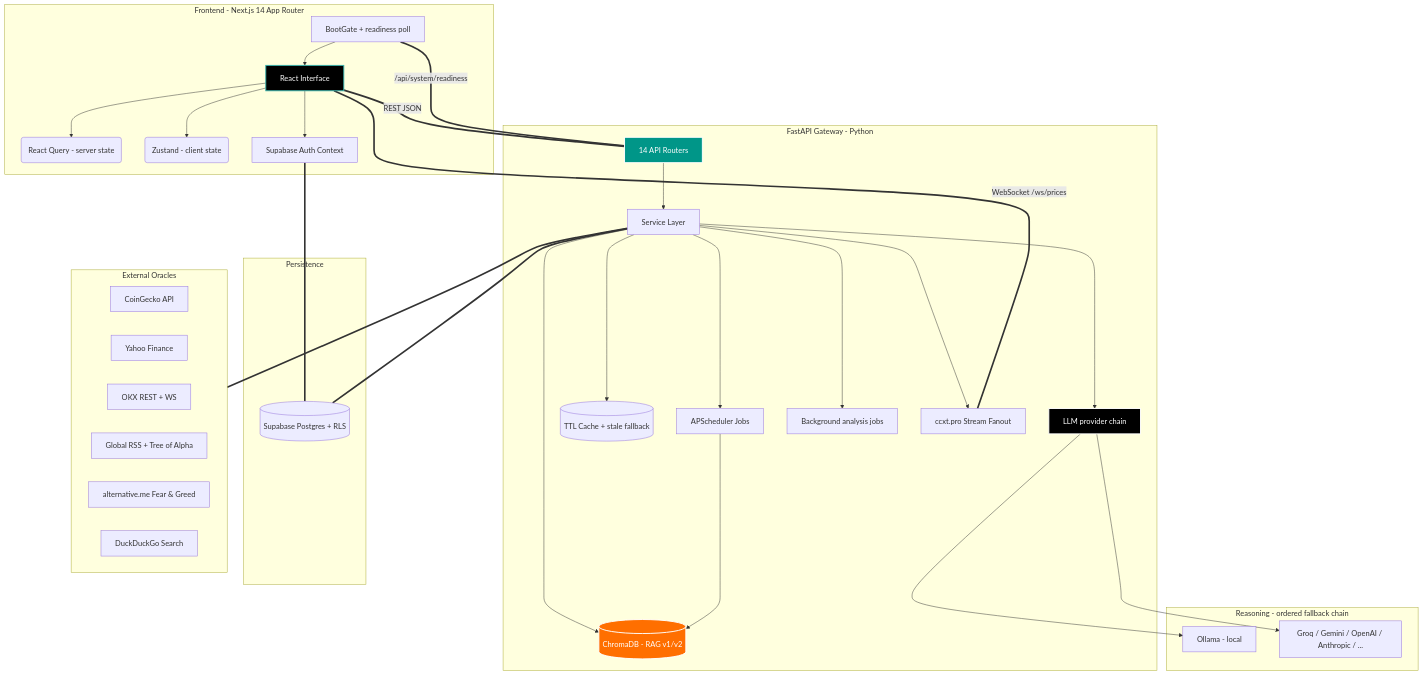
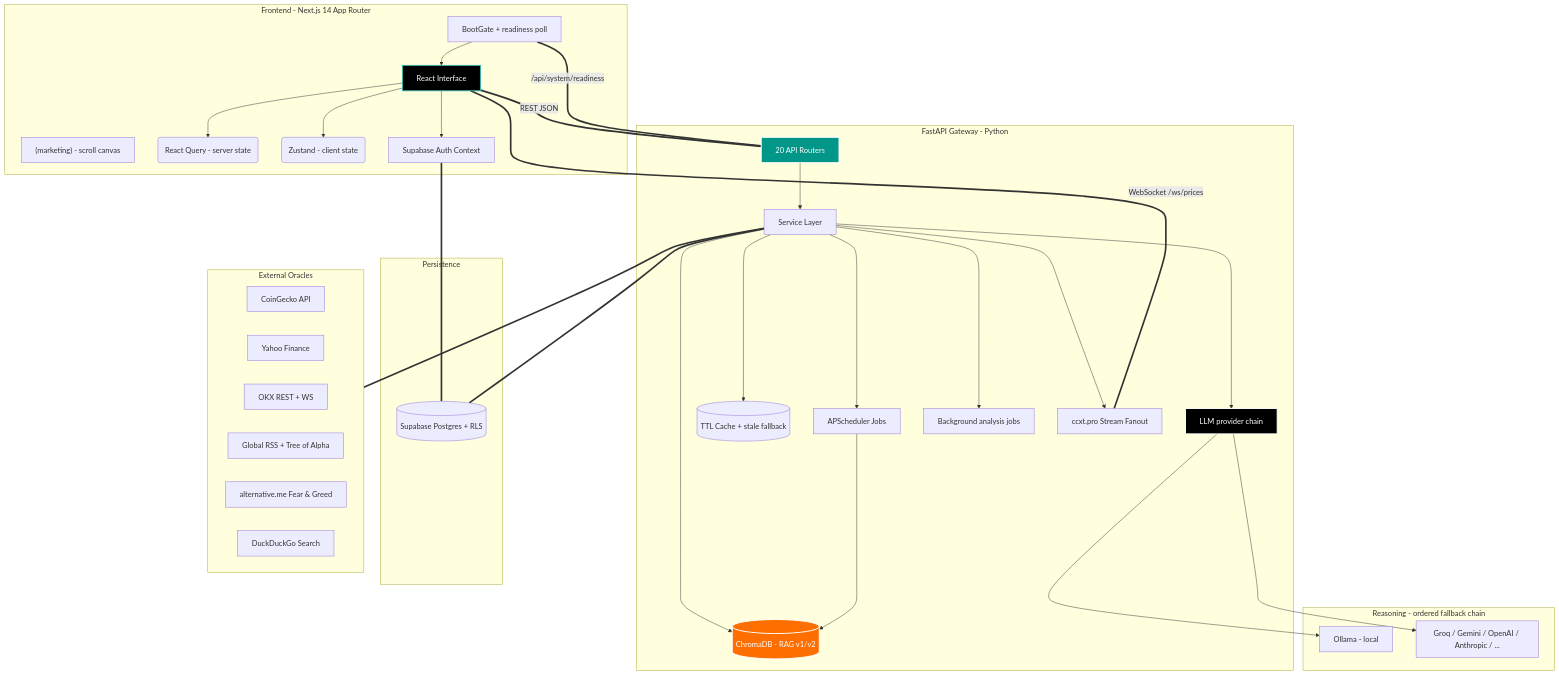
One commit to Yigtwxx/OracleX changed the diagram in README.md. Above: the diagram before and after it, drawn with Mermaid. The commit also changed other lines of this file and 1 other file, not shown here.

````diff
--- a/README.md
+++ b/README.md
@@ -121,52 +251,53 @@
 ```mermaid
 graph TD;
     subgraph Client [Frontend - Next.js 14 App Router]
+    Landing["(marketing) - scroll canvas"]
     Gate[BootGate + readiness poll] --> UI[React Interface]
     UI --> RQ(React Query - server state)
     UI --> Zustand(Zustand - client state)
     UI --> Auth[Supabase Auth Context]
     end
 
     subgraph API [FastAPI Gateway - Python]
-    Router[14 API Routers] --> Manager[Service Layer]
+    Router[20 API Routers] --> Manager[Service Layer]
     Manager --> LLM[LLM provider chain]
     Manager --> RAG[(ChromaDB - RAG v1/v2)]
     Manager --> Cache[(TTL Cache + stale fallback)]
     Manager --> Sched[APScheduler Jobs]
     Manager --> Jobs[Background analysis jobs]
     Manager --> WSS[ccxt.pro Stream Fanout]
     end
 
     subgraph Brain [Reasoning - ordered fallback chain]
     OL[Ollama - local]
     CLOUD[Groq / Gemini / OpenAI / Anthropic / ...]
     end
 
     subgraph Data [Persistence]
     SB[(Supabase Postgres + RLS)]
     end
 
     subgraph External [External Oracles]
     CG[CoinGecko API]
     YF[Yahoo Finance]
     OKX[OKX REST + WS]
     RSS[Global RSS + Tree of Alpha]
     FG[alternative.me Fear & Greed]
     DDG[DuckDuckGo Search]
     end
 
     UI ===|REST JSON| Router
     Gate ===|/api/system/readiness| Router
     UI ===|WebSocket /ws/prices| WSS
     Auth === SB
     Manager === SB
     Manager === External
     LLM --> OL
     LLM --> CLOUD
     Sched --> RAG
 
     style UI fill:#000000,stroke:#38B2AC,stroke-width:2px,color:#fff
     style Router fill:#009688,stroke:#fff,stroke-width:2px,color:#fff
     style LLM fill:#000000,stroke:#fff,stroke-width:2px,color:#fff
     style RAG fill:#FF6F00,stroke:#fff,stroke-width:2px,color:#fff
 ```
````
